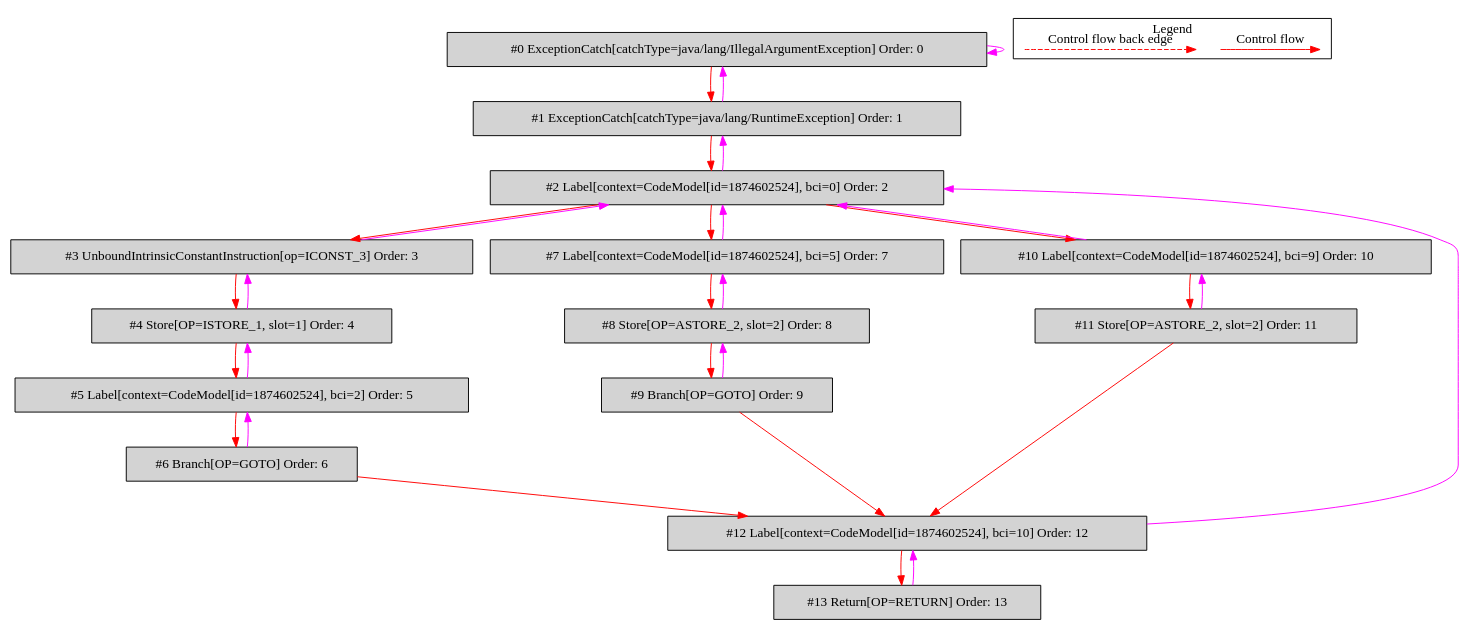
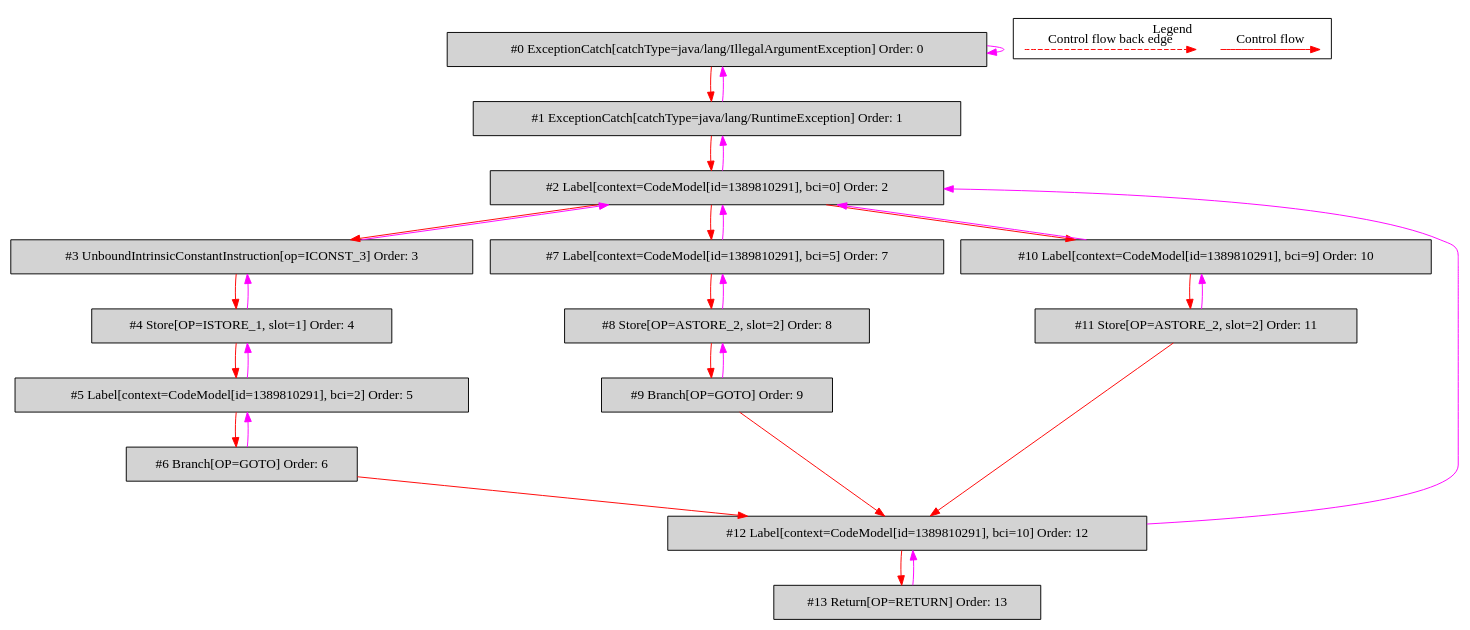
Before and after one commit to mirkosertic/MetaIR: the diagram in de.mirkosertic.metair.ir.OpcodeTryCatchTest/test_CatchOfTwo/bytecodecfg.dot, drawn with Graphviz. The commit also changed 1213 other files, not shown here.

```diff
--- a/de.mirkosertic.metair.ir.OpcodeTryCatchTest/test_CatchOfTwo/bytecodecfg.dot
+++ b/de.mirkosertic.metair.ir.OpcodeTryCatchTest/test_CatchOfTwo/bytecodecfg.dot
@@ -1,60 +1,60 @@
 digraph {
  ordering="in";
  node0[label="#0 ExceptionCatch[catchType=java/lang/IllegalArgumentException] Order: 0", shape=box, fillcolor=lightgrey, style=filled];
  node1[label="#1 ExceptionCatch[catchType=java/lang/RuntimeException] Order: 1", shape=box, fillcolor=lightgrey, style=filled];
- node2[label="#2 Label[context=CodeModel[id=1874602524], bci=0] Order: 2", shape=box, fillcolor=lightgrey, style=filled];
+ node2[label="#2 Label[context=CodeModel[id=1389810291], bci=0] Order: 2", shape=box, fillcolor=lightgrey, style=filled];
  node3[label="#3 UnboundIntrinsicConstantInstruction[op=ICONST_3] Order: 3", shape=box, fillcolor=lightgrey, style=filled];
  node4[label="#4 Store[OP=ISTORE_1, slot=1] Order: 4", shape=box, fillcolor=lightgrey, style=filled];
- node5[label="#5 Label[context=CodeModel[id=1874602524], bci=2] Order: 5", shape=box, fillcolor=lightgrey, style=filled];
+ node5[label="#5 Label[context=CodeModel[id=1389810291], bci=2] Order: 5", shape=box, fillcolor=lightgrey, style=filled];
  node6[label="#6 Branch[OP=GOTO] Order: 6", shape=box, fillcolor=lightgrey, style=filled];
- node7[label="#7 Label[context=CodeModel[id=1874602524], bci=5] Order: 7", shape=box, fillcolor=lightgrey, style=filled];
+ node7[label="#7 Label[context=CodeModel[id=1389810291], bci=5] Order: 7", shape=box, fillcolor=lightgrey, style=filled];
  node8[label="#8 Store[OP=ASTORE_2, slot=2] Order: 8", shape=box, fillcolor=lightgrey, style=filled];
  node9[label="#9 Branch[OP=GOTO] Order: 9", shape=box, fillcolor=lightgrey, style=filled];
- node10[label="#10 Label[context=CodeModel[id=1874602524], bci=9] Order: 10", shape=box, fillcolor=lightgrey, style=filled];
+ node10[label="#10 Label[context=CodeModel[id=1389810291], bci=9] Order: 10", shape=box, fillcolor=lightgrey, style=filled];
  node11[label="#11 Store[OP=ASTORE_2, slot=2] Order: 11", shape=box, fillcolor=lightgrey, style=filled];
- node12[label="#12 Label[context=CodeModel[id=1874602524], bci=10] Order: 12", shape=box, fillcolor=lightgrey, style=filled];
+ node12[label="#12 Label[context=CodeModel[id=1389810291], bci=10] Order: 12", shape=box, fillcolor=lightgrey, style=filled];
  node13[label="#13 Return[OP=RETURN] Order: 13", shape=box, fillcolor=lightgrey, style=filled];
  node0 -> node0[color=fuchsia];
  node0 -> node1[color=red];
  node1 -> node0[color=fuchsia];
  node1 -> node2[color=red];
  node2 -> node1[color=fuchsia];
  node2 -> node3[color=red];
  node3 -> node2[color=fuchsia];
  node3 -> node4[color=red];
  node4 -> node3[color=fuchsia];
  node4 -> node5[color=red];
  node5 -> node4[color=fuchsia];
  node5 -> node6[color=red];
  node6 -> node5[color=fuchsia];
  node2 -> node7[color=red];
  node7 -> node2[color=fuchsia];
  node7 -> node8[color=red];
  node8 -> node7[color=fuchsia];
  node8 -> node9[color=red];
  node9 -> node8[color=fuchsia];
  node2 -> node10[color=red];
  node10 -> node2[color=fuchsia];
  node10 -> node11[color=red];
  node11 -> node10[color=fuchsia];
  node6 -> node12[color=red];
  node9 -> node12[color=red];
  node11 -> node12[color=red];
  node12 -> node2[color=fuchsia];
  node12 -> node13[color=red];
  node13 -> node12[color=fuchsia];
  subgraph cluster_000 {
   label = "Legend";
   node [shape=point]
   {
    rank=same;
    c0 [style = invis];
    c1 [style = invis];
    c2 [style = invis];
    c3 [style = invis];
   }
   c0 -> c1 [label="Control flow", style=solid, color=red]
   c2 -> c3 [label="Control flow back edge", style=dashed, color=red]
  }
 
 }
```
